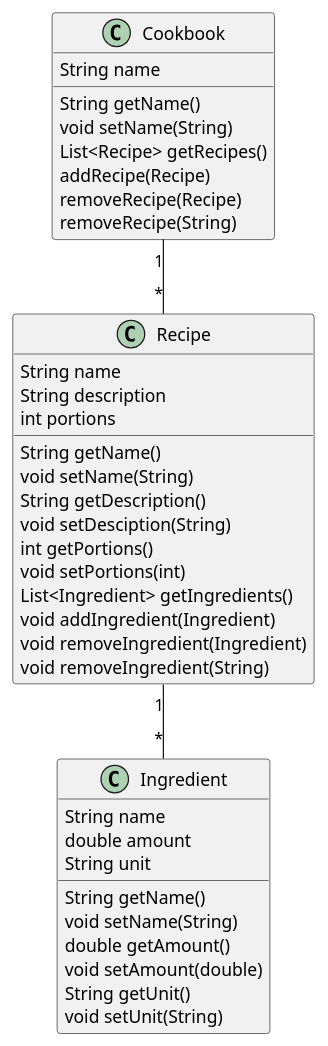
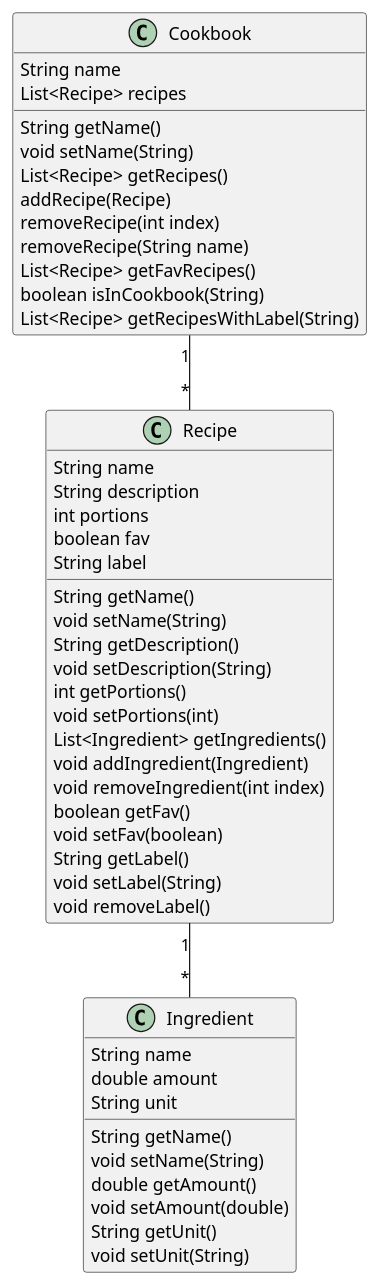
The diagram in foodie/core/src/main/java/core/README.md (FridaK-sys/Foodie), drawn with PlantUML before and after one commit. The commit also changed other lines of this file, not shown here.

Commit message:
fix: updated class diagram

````diff
--- a/foodie/core/src/main/java/core/README.md
+++ b/foodie/core/src/main/java/core/README.md
@@ -9,36 +9,47 @@
 ```plantuml
-Cookbook "1" -- "*" Recipe 
+Cookbook "1" -- "*" Recipe
 Recipe "1" -- "*" Ingredient
 
 Cookbook : String name
+Cookbook : List<Recipe> recipes
 Cookbook : String getName()
 Cookbook : void setName(String)
 Cookbook : List<Recipe> getRecipes()
 Cookbook : addRecipe(Recipe)
-Cookbook : removeRecipe(Recipe)
-Cookbook : removeRecipe(String)
+Cookbook : removeRecipe(int index)
+Cookbook : removeRecipe(String name)
+Cookbook : List<Recipe> getFavRecipes()
+Cookbook : boolean isInCookbook(String)
+Cookbook : List<Recipe> getRecipesWithLabel(String)
+
 
 Recipe : String name
 Recipe : String description
 Recipe : int portions
+Recipe : boolean fav
+Recipe : String label
 Recipe : String getName()
 Recipe : void setName(String)
 Recipe : String getDescription()
-Recipe : void setDesciption(String)
+Recipe : void setDescription(String)
 Recipe : int getPortions()
 Recipe : void setPortions(int)
 Recipe : List<Ingredient> getIngredients()
 Recipe : void addIngredient(Ingredient)
-Recipe : void removeIngredient(Ingredient)
-Recipe : void removeIngredient(String)
+Recipe : void removeIngredient(int index)
+Recipe : boolean getFav()
+Recipe : void setFav(boolean)
+Recipe : String getLabel()
+Recipe : void setLabel(String)
+Recipe : void removeLabel()
 
 Ingredient : String name
 Ingredient : double amount
 Ingredient : String unit
 Ingredient : String getName()
 Ingredient : void setName(String)
 Ingredient : double getAmount()
 Ingredient : void setAmount(double)
 Ingredient : String getUnit()
 Ingredient : void setUnit(String)
 ```
````
